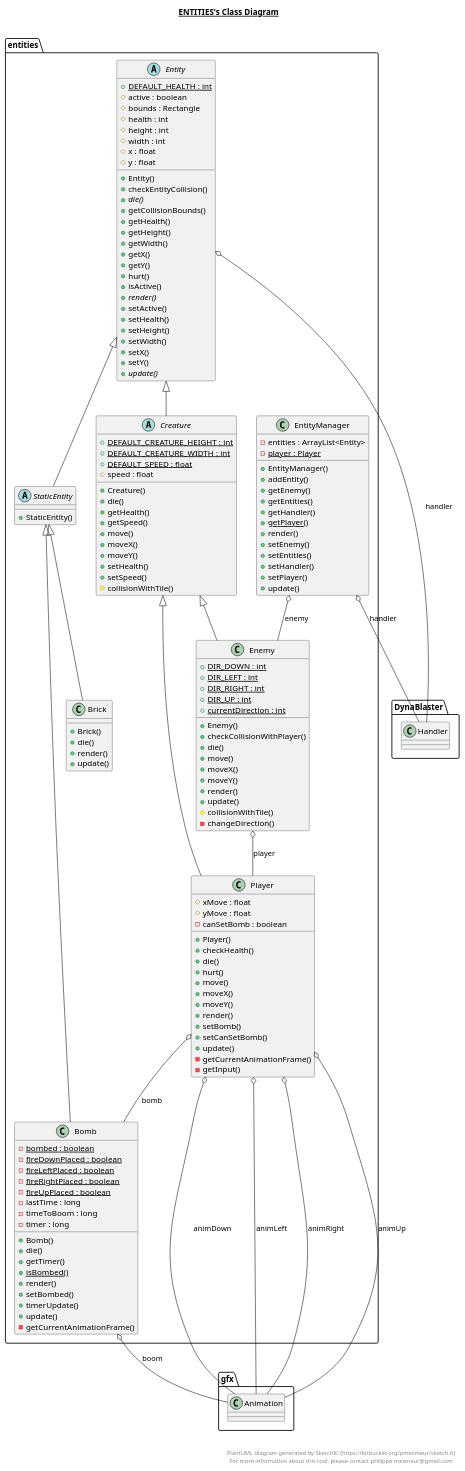
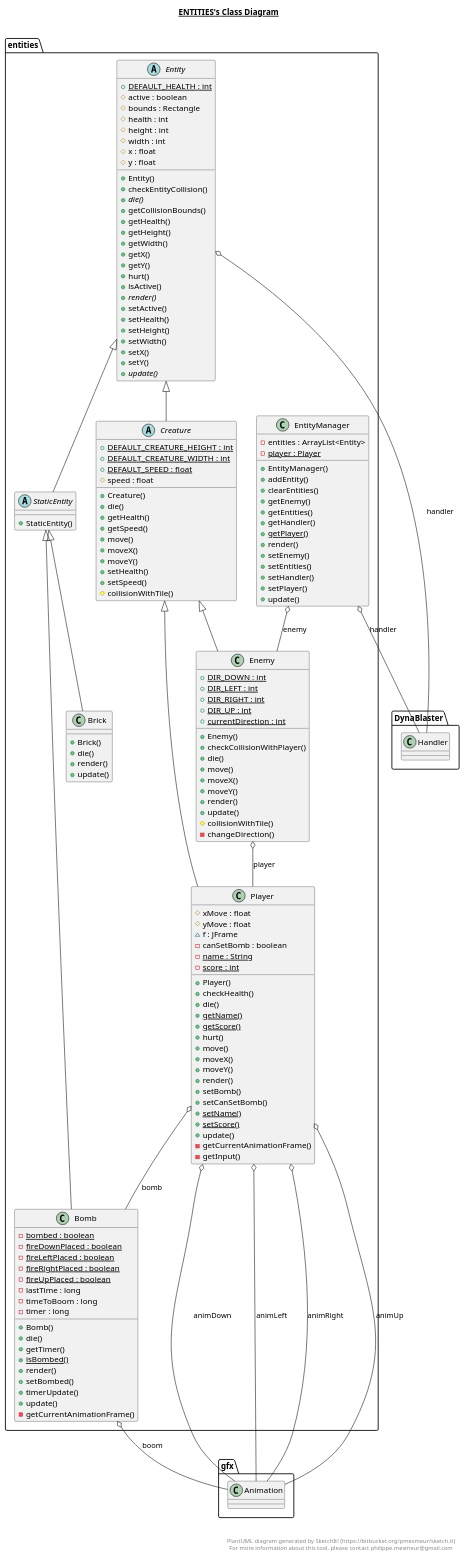
The diagram in src/entities/entities.plantuml (mxdzelq/Dyna_Blaster-Java), drawn with PlantUML before and after one commit. The commit also changed 53 other files, not shown here.

```diff
--- a/src/entities/entities.plantuml
+++ b/src/entities/entities.plantuml
@@ -1,186 +1,194 @@
 @startuml
 
 title __ENTITIES's Class Diagram__\n
 
   namespace entities {
     class entities.Bomb {
         {static} - bombed : boolean
         {static} - fireDownPlaced : boolean
         {static} - fireLeftPlaced : boolean
         {static} - fireRightPlaced : boolean
         {static} - fireUpPlaced : boolean
         - lastTime : long
         - timeToBoom : long
         - timer : long
         + Bomb()
         + die()
         + getTimer()
         {static} + isBombed()
         + render()
         + setBombed()
         + timerUpdate()
         + update()
         - getCurrentAnimationFrame()
     }
   }
   
 
   namespace entities {
     class entities.Brick {
         + Brick()
         + die()
         + render()
         + update()
     }
   }
   
 
   namespace entities {
     abstract class entities.Creature {
         {static} + DEFAULT_CREATURE_HEIGHT : int
         {static} + DEFAULT_CREATURE_WIDTH : int
         {static} + DEFAULT_SPEED : float
         # speed : float
         + Creature()
         + die()
         + getHealth()
         + getSpeed()
         + move()
         + moveX()
         + moveY()
         + setHealth()
         + setSpeed()
         # collisionWithTile()
     }
   }
   
 
   namespace entities {
     class entities.Enemy {
         {static} + DIR_DOWN : int
         {static} + DIR_LEFT : int
         {static} + DIR_RIGHT : int
         {static} + DIR_UP : int
         {static} + currentDirection : int
         + Enemy()
         + checkCollisionWithPlayer()
         + die()
         + move()
         + moveX()
         + moveY()
         + render()
         + update()
         # collisionWithTile()
         - changeDirection()
     }
   }
   
 
   namespace entities {
     abstract class entities.Entity {
         {static} + DEFAULT_HEALTH : int
         # active : boolean
         # bounds : Rectangle
         # health : int
         # height : int
         # width : int
         # x : float
         # y : float
         + Entity()
         + checkEntityCollision()
         {abstract} + die()
         + getCollisionBounds()
         + getHealth()
         + getHeight()
         + getWidth()
         + getX()
         + getY()
         + hurt()
         + isActive()
         {abstract} + render()
         + setActive()
         + setHealth()
         + setHeight()
         + setWidth()
         + setX()
         + setY()
         {abstract} + update()
     }
   }
   
 
   namespace entities {
     class entities.EntityManager {
         - entities : ArrayList<Entity>
         {static} - player : Player
         + EntityManager()
         + addEntity()
+        + clearEntities()
         + getEnemy()
         + getEntities()
         + getHandler()
         {static} + getPlayer()
         + render()
         + setEnemy()
         + setEntities()
         + setHandler()
         + setPlayer()
         + update()
     }
   }
   
 
   namespace entities {
     class entities.Player {
         # xMove : float
         # yMove : float
+        ~ f : JFrame
         - canSetBomb : boolean
+        {static} - name : String
+        {static} - score : int
         + Player()
         + checkHealth()
         + die()
+        {static} + getName()
+        {static} + getScore()
         + hurt()
         + move()
         + moveX()
         + moveY()
         + render()
         + setBomb()
         + setCanSetBomb()
+        {static} + setName()
+        {static} + setScore()
         + update()
         - getCurrentAnimationFrame()
         - getInput()
     }
   }
   
 
   namespace entities {
     abstract class entities.StaticEntity {
         + StaticEntity()
     }
   }
   
 
   entities.Bomb -up-|> entities.StaticEntity
   entities.Bomb o-- gfx.Animation : boom
   entities.Brick -up-|> entities.StaticEntity
   entities.Creature -up-|> entities.Entity
   entities.Enemy -up-|> entities.Creature
   entities.Enemy o-- entities.Player : player
   entities.Entity o-- DynaBlaster.Handler : handler
   entities.EntityManager o-- entities.Enemy : enemy
   entities.EntityManager o-- DynaBlaster.Handler : handler
   entities.Player -up-|> entities.Creature
   entities.Player o-- entities.Bomb : bomb
   entities.Player o-- gfx.Animation : animDown
   entities.Player o-- gfx.Animation : animLeft
   entities.Player o-- gfx.Animation : animRight
   entities.Player o-- gfx.Animation : animUp
   entities.StaticEntity -up-|> entities.Entity
 
 
 right footer
 
 
 PlantUML diagram generated by SketchIt! (https://bitbucket.org/pmesmeur/sketch.it)
 For more information about this tool, please contact philippe.mesmeur@gmail.com
 endfooter
 
 @enduml
```
